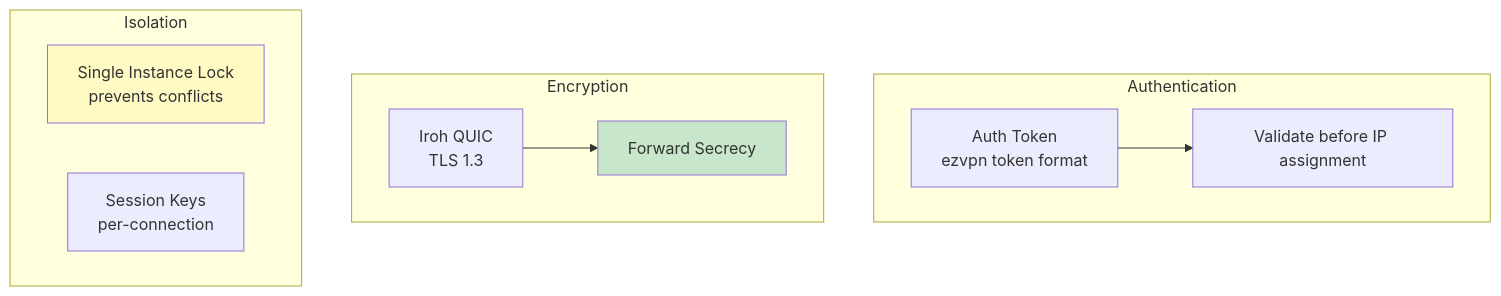
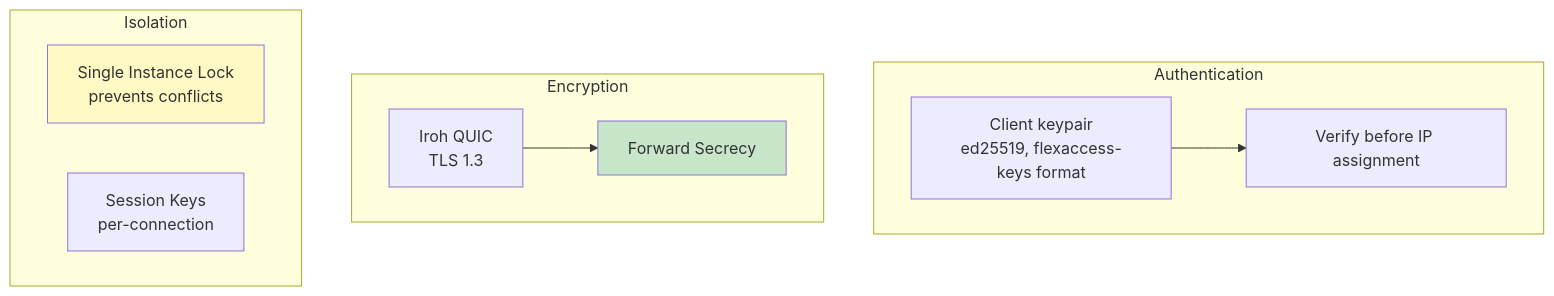
Before and after one commit to andrewtheguy/ezvpn: the fifth of 6 diagrams in docs/Architecture.md, drawn with Mermaid. The commit also changed other lines of this file and 19 other files, not shown here.

````diff
--- a/docs/Architecture.md
+++ b/docs/Architecture.md
@@ -494,23 +494,23 @@
 ```mermaid
 graph TB
     subgraph "Authentication"
-        A[Auth Token<br/>ezvpn token format]
-        B[Validate before IP assignment]
+        A[Client keypair<br/>ed25519, flexaccess-keys format]
+        B[Verify before IP assignment]
     end
 
     subgraph "Encryption"
         C[Iroh QUIC<br/>TLS 1.3]
         E[Forward Secrecy]
     end
 
     subgraph "Isolation"
         F[Single Instance Lock<br/>prevents conflicts]
         G[Session Keys<br/>per-connection]
     end
 
     A --> B
     C --> E
 
     style E fill:#C8E6C9
     style F fill:#FFF9C4
 ```
````
